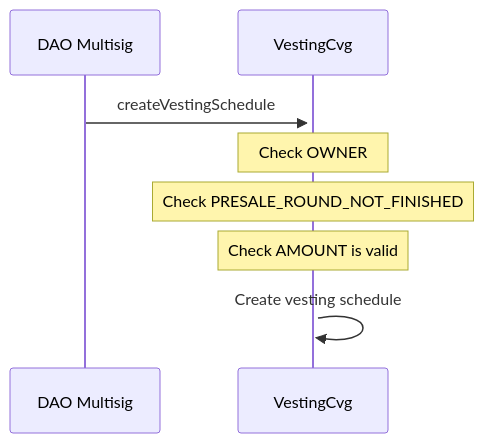
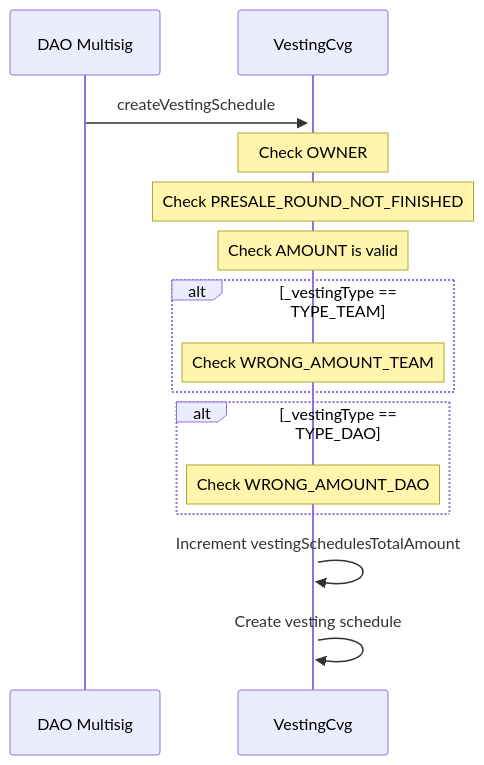
One commit to hats-finance/Convergence-Finance---IBO-0x0e410e7af8e70fc5bffcdbfbdf1673ee7b3d0777 changed the first of 6 diagrams in technical-docs/VestingCvg.md. Above: the diagram before and after it, drawn with Mermaid. The commit also changed other lines of this file and 9 other files, not shown here.

````diff
--- a/technical-docs/VestingCvg.md
+++ b/technical-docs/VestingCvg.md
@@ -12,8 +12,15 @@
 ```mermaid
 sequenceDiagram
     DAO Multisig->>+VestingCvg: createVestingSchedule
     note over VestingCvg: Check OWNER
     note over VestingCvg: Check PRESALE_ROUND_NOT_FINISHED
     note over VestingCvg: Check AMOUNT is valid
+    alt _vestingType == TYPE_TEAM
+        note over VestingCvg: Check WRONG_AMOUNT_TEAM
+    end
+    alt _vestingType == TYPE_DAO
+        note over VestingCvg: Check WRONG_AMOUNT_DAO
+    end
+    VestingCvg->>VestingCvg: Increment vestingSchedulesTotalAmount
     VestingCvg->>VestingCvg: Create vesting schedule
 ```
````
